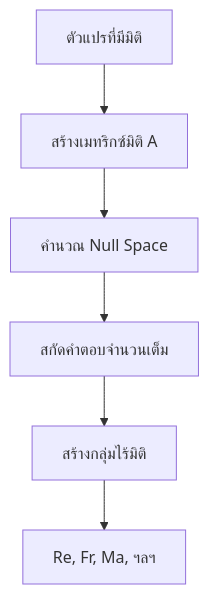
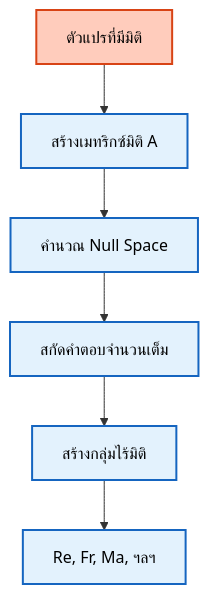
One commit to wramet/build-my-cfd changed the first of 2 diagrams in MODULE_05_OPENFOAM_PROGRAMMING/CONTENT/02_DIMENSIONED_TYPES/07_Mathematical_Formulations.md. Above: the diagram before and after it, drawn with Mermaid. The commit also changed other lines of this file and 313 other files, not shown here.

Commit message:
Revise all diagram

````diff
--- a/MODULE_05_OPENFOAM_PROGRAMMING/CONTENT/02_DIMENSIONED_TYPES/07_Mathematical_Formulations.md
+++ b/MODULE_05_OPENFOAM_PROGRAMMING/CONTENT/02_DIMENSIONED_TYPES/07_Mathematical_Formulations.md
@@ -21,8 +21,12 @@
 ```mermaid
 graph TD
-    A[ตัวแปรที่มีมิติ] --> B[สร้างเมทริกซ์มิติ A]
-    B --> C[คำนวณ Null Space]
-    C --> D[สกัดคำตอบจำนวนเต็ม]
-    D --> E[สร้างกลุ่มไร้มิติ]
-    E --> F[Re, Fr, Ma, ฯลฯ]
+%% Classes
+classDef explicit fill:#ffccbc,stroke:#d84315,stroke-width:2px,color:#000
+classDef implicit fill:#e3f2fd,stroke:#1565c0,stroke-width:2px,color:#000
+
+A[ตัวแปรที่มีมิติ]:::explicit --> B[สร้างเมทริกซ์มิติ A]:::implicit
+B --> C[คำนวณ Null Space]:::implicit
+C --> D[สกัดคำตอบจำนวนเต็ม]:::implicit
+D --> E[สร้างกลุ่มไร้มิติ]:::implicit
+E --> F[Re, Fr, Ma, ฯลฯ]:::implicit
 ```
````
